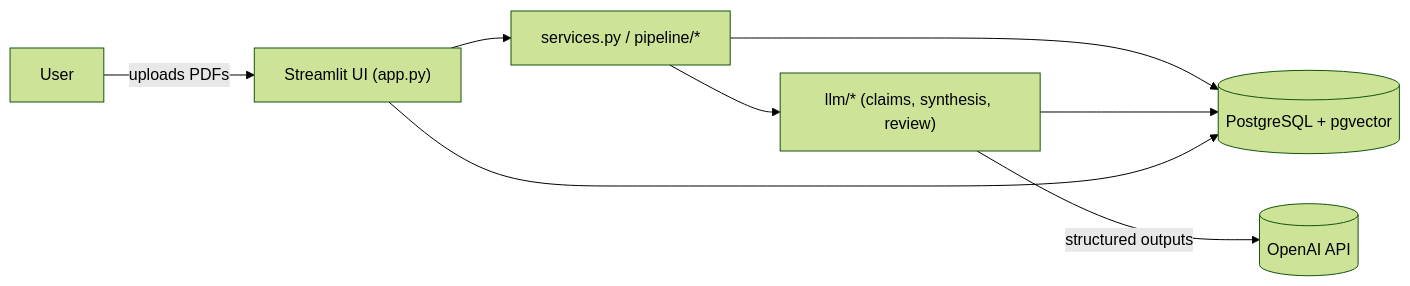
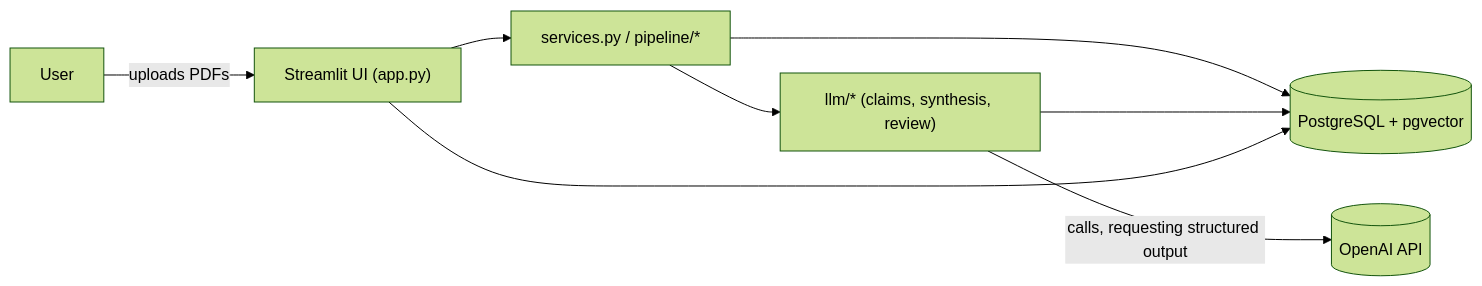
The diagram in README.md (JShi12/AI-literature-review-assistant), drawn with Mermaid (forest theme) before and after one commit. The commit also changed other lines of this file, not shown here.

First line of the commit message:
docs: name the actual LLM models used in the README

````diff
--- a/README.md
+++ b/README.md
@@ -38,10 +38,10 @@
 ```mermaid
 flowchart LR
     User -->|uploads PDFs| UI["Streamlit UI (app.py)"]
     UI --> Services["services.py / pipeline/*"]
     Services --> DB[("PostgreSQL + pgvector")]
     Services --> LLM["llm/* (claims, synthesis, review)"]
-    LLM -->|structured outputs| OpenAI[("OpenAI API")]
+    LLM -->|calls, requesting structured output| OpenAI[("OpenAI API")]
     LLM --> DB
     UI --> DB
 ```
````
